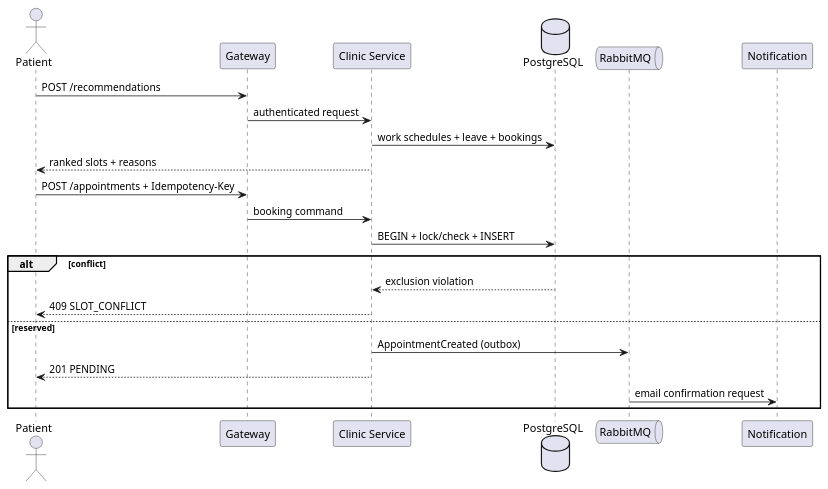
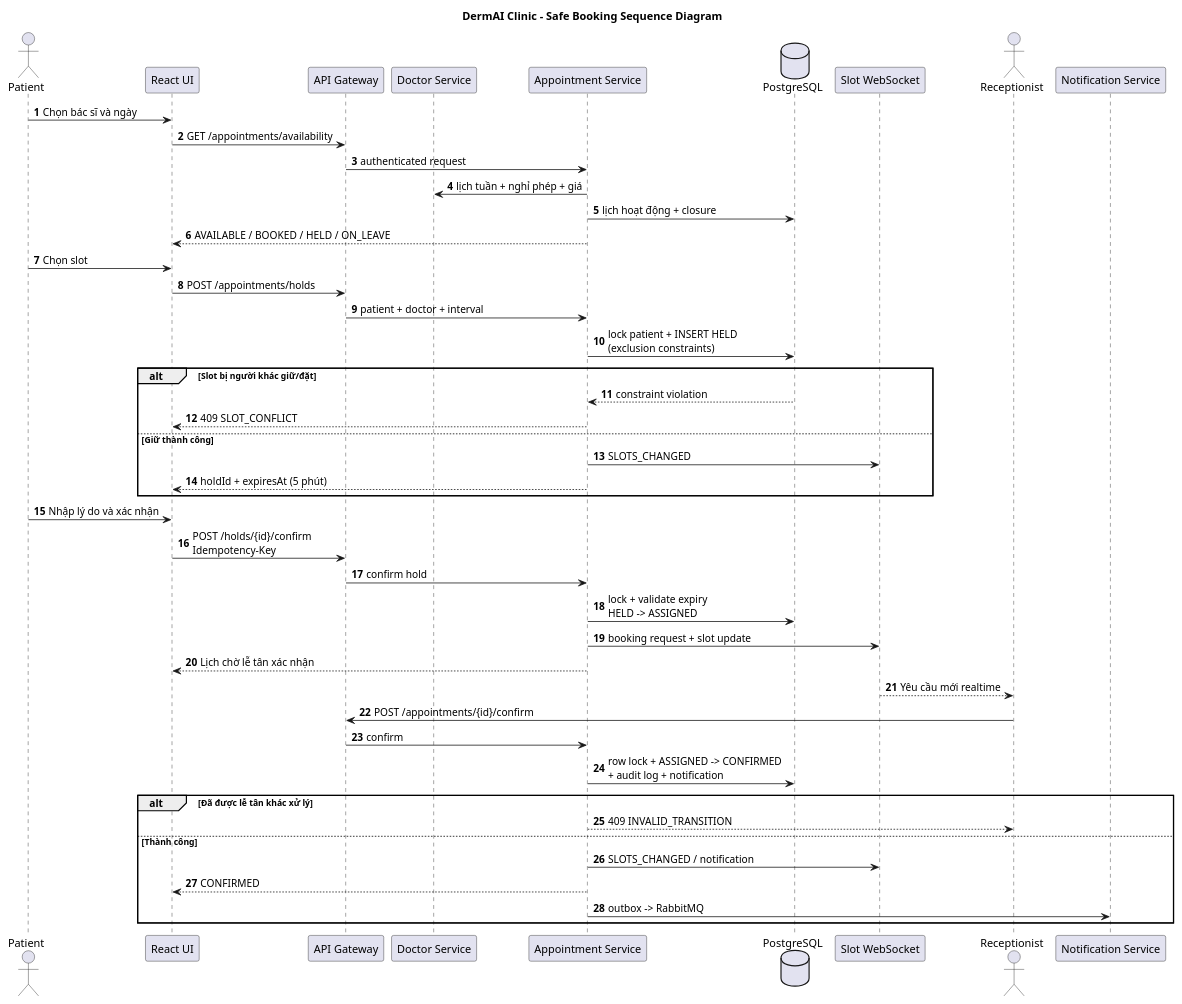
The diagram in docs/diagrams/appointment-sequence.puml (Nhutrieu/Dermai-clinic), drawn with PlantUML before and after one commit. The commit also changed 87 other files, not shown here.

```diff
--- a/docs/diagrams/appointment-sequence.puml
+++ b/docs/diagrams/appointment-sequence.puml
@@ -1,23 +1,49 @@
 @startuml
+title DermAI Clinic - Safe Booking Sequence Diagram
+skinparam shadowing false
+autonumber
 actor Patient
-participant Gateway
-participant "Clinic Service" as Clinic
+participant "React UI" as UI
+participant "API Gateway" as Gateway
+participant "Doctor Service" as DoctorService
+participant "Appointment Service" as Appointment
 database PostgreSQL as DB
-queue RabbitMQ as MQ
-participant Notification
-Patient -> Gateway: POST /recommendations
-Gateway -> Clinic: authenticated request
-Clinic -> DB: work schedules + leave + bookings
-Clinic --> Patient: ranked slots + reasons
-Patient -> Gateway: POST /appointments + Idempotency-Key
-Gateway -> Clinic: booking command
-Clinic -> DB: BEGIN + lock/check + INSERT
-alt conflict
-  DB --> Clinic: exclusion violation
-  Clinic --> Patient: 409 SLOT_CONFLICT
-else reserved
-  Clinic -> MQ: AppointmentCreated (outbox)
-  Clinic --> Patient: 201 PENDING
-  MQ -> Notification: email confirmation request
+participant "Slot WebSocket" as WS
+actor Receptionist
+participant "Notification Service" as Notification
+
+Patient -> UI : Chọn bác sĩ và ngày
+UI -> Gateway : GET /appointments/availability
+Gateway -> Appointment : authenticated request
+Appointment -> DoctorService : lịch tuần + nghỉ phép + giá
+Appointment -> DB : lịch hoạt động + closure
+Appointment --> UI : AVAILABLE / BOOKED / HELD / ON_LEAVE
+Patient -> UI : Chọn slot
+UI -> Gateway : POST /appointments/holds
+Gateway -> Appointment : patient + doctor + interval
+Appointment -> DB : lock patient + INSERT HELD\n(exclusion constraints)
+alt Slot bị người khác giữ/đặt
+  DB --> Appointment : constraint violation
+  Appointment --> UI : 409 SLOT_CONFLICT
+else Giữ thành công
+  Appointment -> WS : SLOTS_CHANGED
+  Appointment --> UI : holdId + expiresAt (5 phút)
+end
+Patient -> UI : Nhập lý do và xác nhận
+UI -> Gateway : POST /holds/{id}/confirm\nIdempotency-Key
+Gateway -> Appointment : confirm hold
+Appointment -> DB : lock + validate expiry\nHELD -> ASSIGNED
+Appointment -> WS : booking request + slot update
+Appointment --> UI : Lịch chờ lễ tân xác nhận
+WS --> Receptionist : Yêu cầu mới realtime
+Receptionist -> Gateway : POST /appointments/{id}/confirm
+Gateway -> Appointment : confirm
+Appointment -> DB : row lock + ASSIGNED -> CONFIRMED\n+ audit log + notification
+alt Đã được lễ tân khác xử lý
+  Appointment --> Receptionist : 409 INVALID_TRANSITION
+else Thành công
+  Appointment -> WS : SLOTS_CHANGED / notification
+  Appointment --> UI : CONFIRMED
+  Appointment -> Notification : outbox -> RabbitMQ
 end
 @enduml
```
